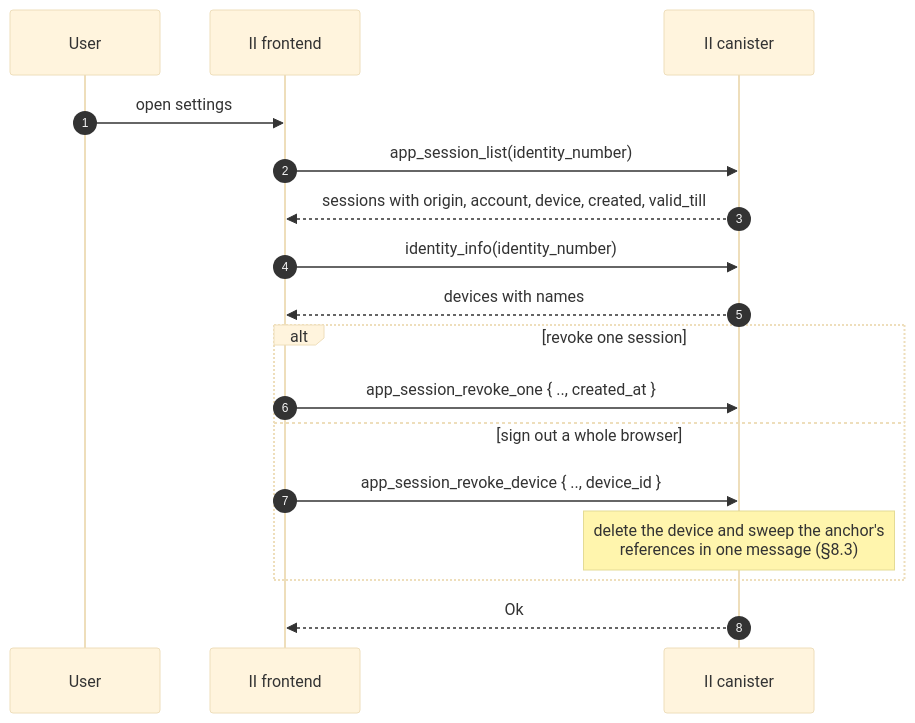
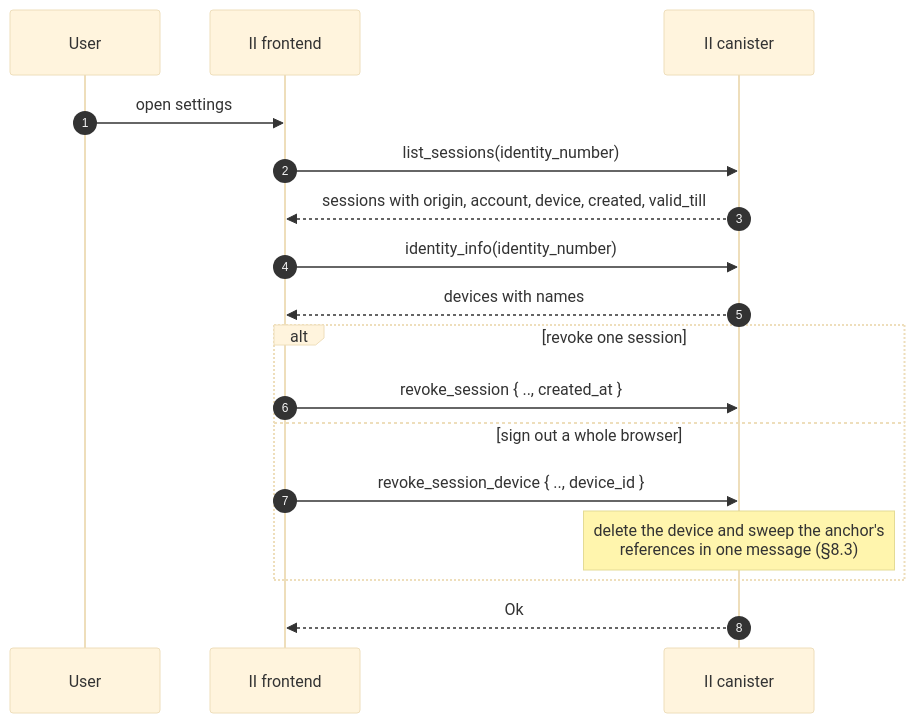
The seventh of 7 diagrams in docs/ongoing/revocable-app-sessions.md (dfinity/internet-identity), drawn with Mermaid (base theme) before and after one commit. The commit also changed other lines of this file, not shown here.

````diff
--- a/docs/ongoing/revocable-app-sessions.md
+++ b/docs/ongoing/revocable-app-sessions.md
@@ -407,19 +444,19 @@
 ```mermaid
 sequenceDiagram
     autonumber
     participant User
     participant IIF as II frontend
     participant IIC as II canister
     User->>IIF: open settings
-    IIF->>IIC: app_session_list(identity_number)
+    IIF->>IIC: list_sessions(identity_number)
     IIC-->>IIF: sessions with origin, account, device, created, valid_till
     IIF->>IIC: identity_info(identity_number)
     IIC-->>IIF: devices with names
     alt revoke one session
-        IIF->>IIC: app_session_revoke_one { .., created_at }
+        IIF->>IIC: revoke_session { .., created_at }
     else sign out a whole browser
-        IIF->>IIC: app_session_revoke_device { .., device_id }
+        IIF->>IIC: revoke_session_device { .., device_id }
         Note over IIC: delete the device and sweep the anchor's<br/>references in one message (§8.3)
     end
     IIC-->>IIF: Ok
 ```
````
